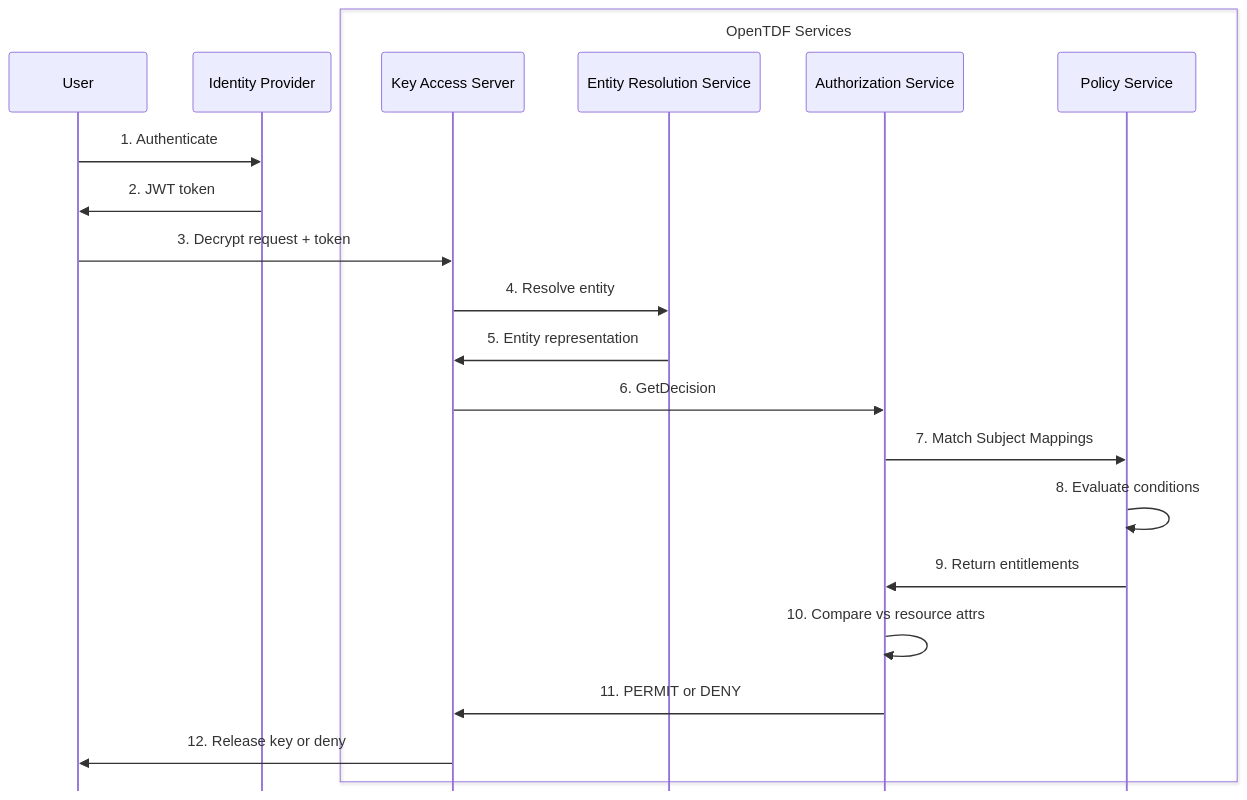
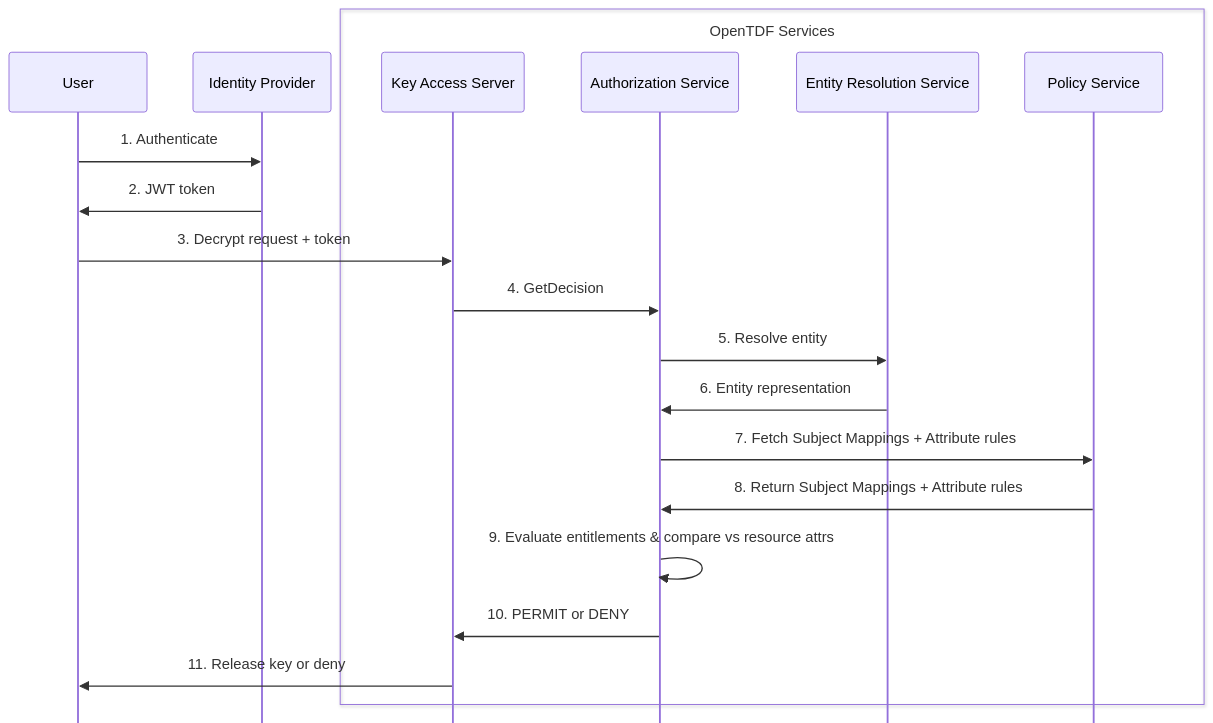
One commit to opentdf/docs changed the first of 5 diagrams in docs/guides/subject-mapping-guide.md. Above: the diagram before and after it, drawn with Mermaid. The commit also changed other lines of this file, not shown here.

First line of the commit message:
fix: address review feedback on subject mapping guide

````diff
--- a/docs/guides/subject-mapping-guide.md
+++ b/docs/guides/subject-mapping-guide.md
@@ -61,29 +61,28 @@
 ```mermaid
 %%{init: {'sequence': {'boxMargin': 20, 'mirrorActors': false}}}%%
 sequenceDiagram
     participant User
     participant IdP as Identity Provider
     box OpenTDF Services
         participant KAS as Key Access Server
+        participant Auth as Authorization Service
         participant ERS as Entity Resolution Service
-        participant Auth as Authorization Service
         participant Policy as Policy Service
     end
 
     User->>IdP: 1. Authenticate
     IdP->>User: 2. JWT token
 
     User->>KAS: 3. Decrypt request + token
-    KAS->>ERS: 4. Resolve entity
-    ERS->>KAS: 5. Entity representation
+    KAS->>Auth: 4. GetDecision
 
-    KAS->>Auth: 6. GetDecision
-    Auth->>Policy: 7. Match Subject Mappings
+    Auth->>ERS: 5. Resolve entity
+    ERS->>Auth: 6. Entity representation
 
-    Policy->>Policy: 8. Evaluate conditions
-    Policy->>Auth: 9. Return entitlements
+    Auth->>Policy: 7. Fetch Subject Mappings + Attribute rules
+    Policy->>Auth: 8. Return Subject Mappings + Attribute rules
 
-    Auth->>Auth: 10. Compare vs resource attrs
-    Auth->>KAS: 11. PERMIT or DENY
-    KAS->>User: 12. Release key or deny
+    Auth->>Auth: 9. Evaluate entitlements & compare vs resource attrs
+    Auth->>KAS: 10. PERMIT or DENY
+    KAS->>User: 11. Release key or deny
 ```
````
